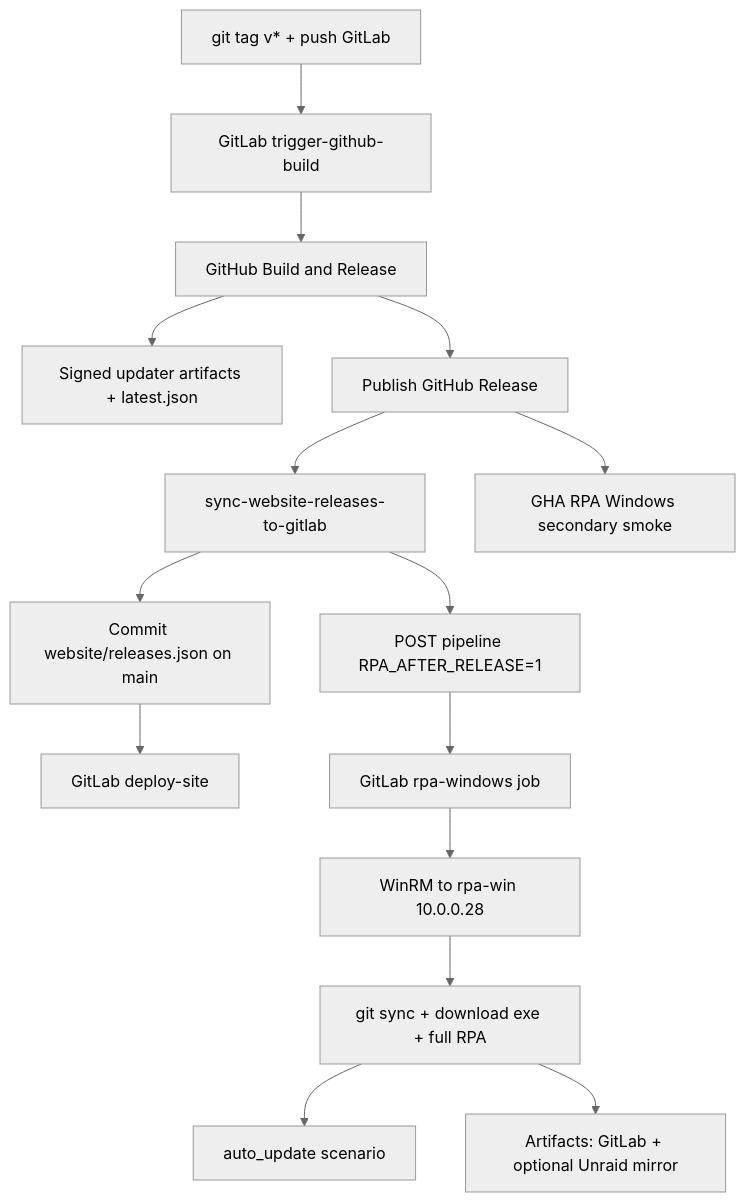
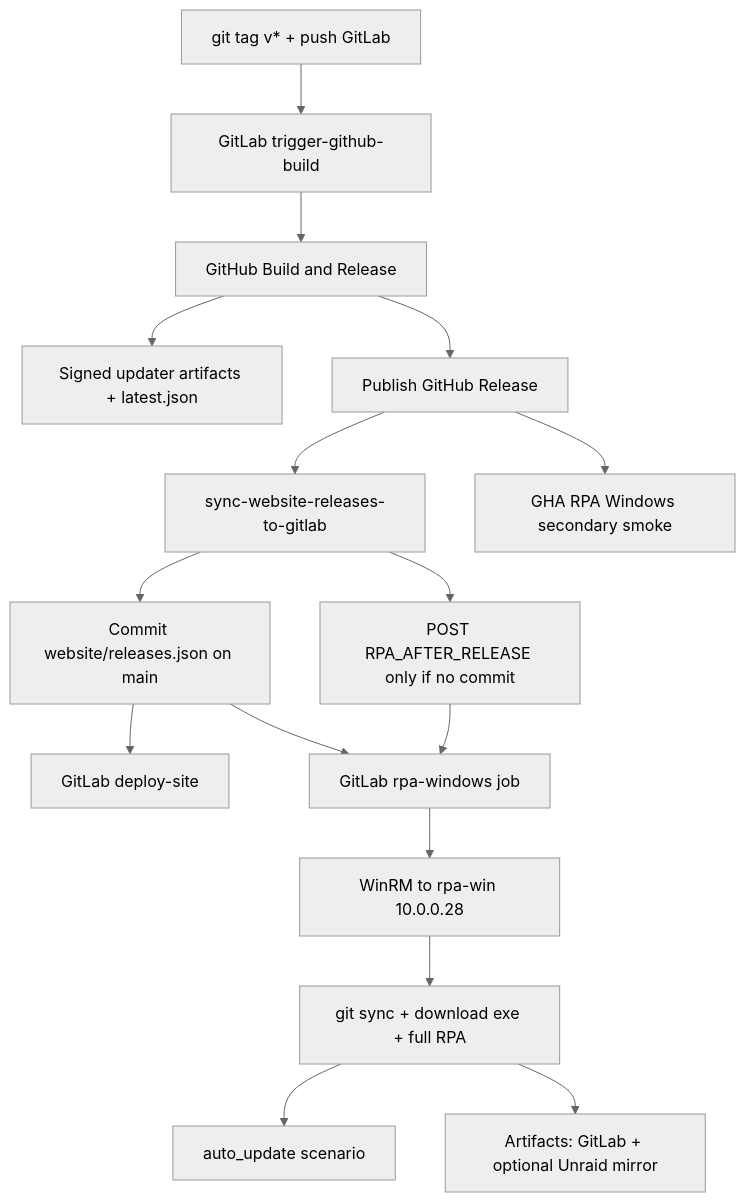
Before and after one commit to dadhatdaniel/void-browser: the diagram in docs/RELEASE_PIPELINE.md, drawn with Mermaid (neutral theme). The commit also changed other lines of this file, not shown here.

Commit message:
Refresh release pipeline diagram and auto vs manual notes.

````diff
--- a/docs/RELEASE_PIPELINE.md
+++ b/docs/RELEASE_PIPELINE.md
@@ -5,17 +5,18 @@
 ```mermaid
 flowchart TD
   A["git tag v* + push GitLab"] --> B["GitLab trigger-github-build"]
   B --> C["GitHub Build and Release"]
   C --> D["Signed updater artifacts + latest.json"]
   C --> E["Publish GitHub Release"]
   E --> F["sync-website-releases-to-gitlab"]
   F --> G["Commit website/releases.json on main"]
   G --> H["GitLab deploy-site"]
-  F --> I["POST pipeline RPA_AFTER_RELEASE=1"]
-  I --> J["GitLab rpa-windows job"]
+  G --> J["GitLab rpa-windows job"]
+  F --> I["POST RPA_AFTER_RELEASE only if no commit"]
+  I --> J
   J --> K["WinRM to rpa-win 10.0.0.28"]
   K --> L["git sync + download exe + full RPA"]
   L --> M["auto_update scenario"]
   L --> N["Artifacts: GitLab + optional Unraid mirror"]
   E --> O["GHA RPA Windows secondary smoke"]
 ```
````
